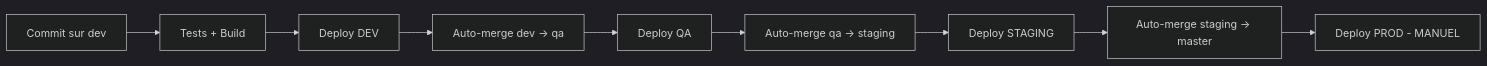
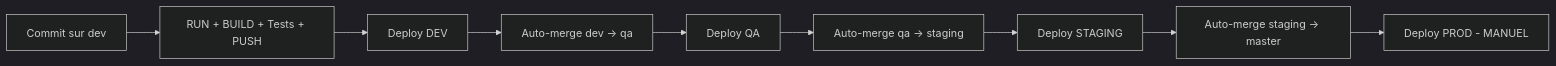
The diagram in README.md (dosseh/movie_cast), drawn with Mermaid (dark theme) before and after one commit.

Commit message:
MAJ de  README.md

````diff
--- a/README.md
+++ b/README.md
@@ -140,11 +140,11 @@
 ```mermaid
 graph LR
-    A[Commit sur dev] --> B[Tests + Build]
+    A[Commit sur dev] --> B[RUN + BUILD + Tests + PUSH]
     B --> C[Deploy DEV]
     C --> D[Auto-merge dev → qa]
     D --> E[Deploy QA]
     E --> F[Auto-merge qa → staging]
     F --> G[Deploy STAGING]
     G --> H[Auto-merge staging → master]
     H --> I[Deploy PROD - MANUEL]
 ```
````
